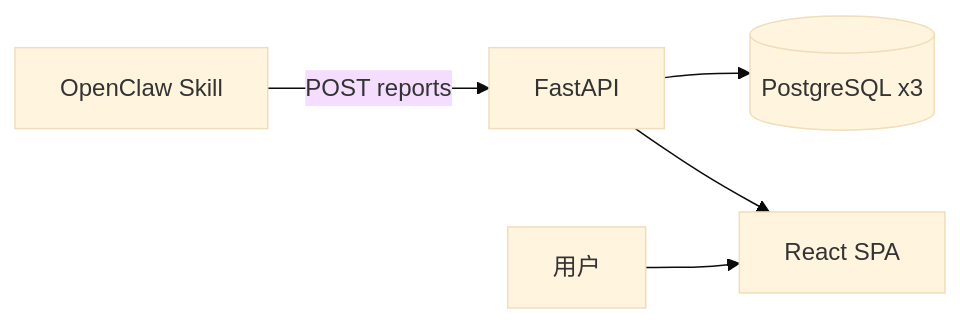
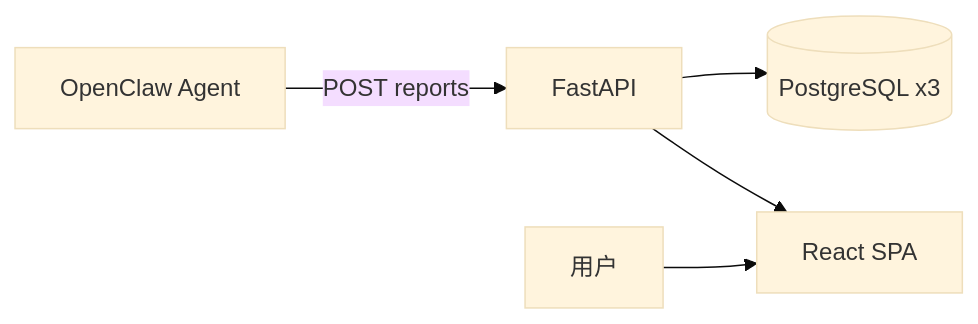
Before and after one commit to maniac1um/openclaw_market_analyser: the diagram in README.md, drawn with Mermaid (base theme). The commit also changed other lines of this file and 48 other files, not shown here.

````diff
--- a/README.md
+++ b/README.md
@@ -7,7 +7,7 @@
 ```mermaid
 flowchart LR
-    Agent[OpenClaw Skill] -->|POST reports| API[FastAPI]
+    Agent[OpenClaw Agent] -->|POST reports| API[FastAPI]
     API --> DB[(PostgreSQL x3)]
     API --> SPA[React SPA]
     User[用户] --> SPA
 ```
````
